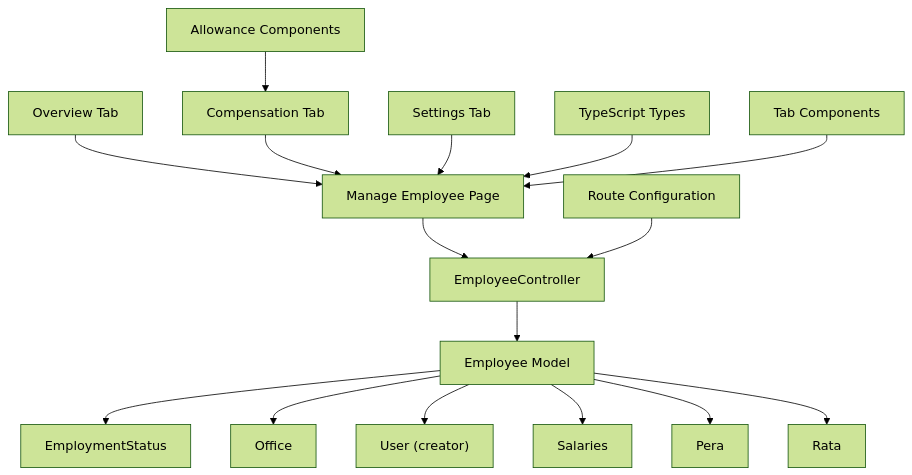
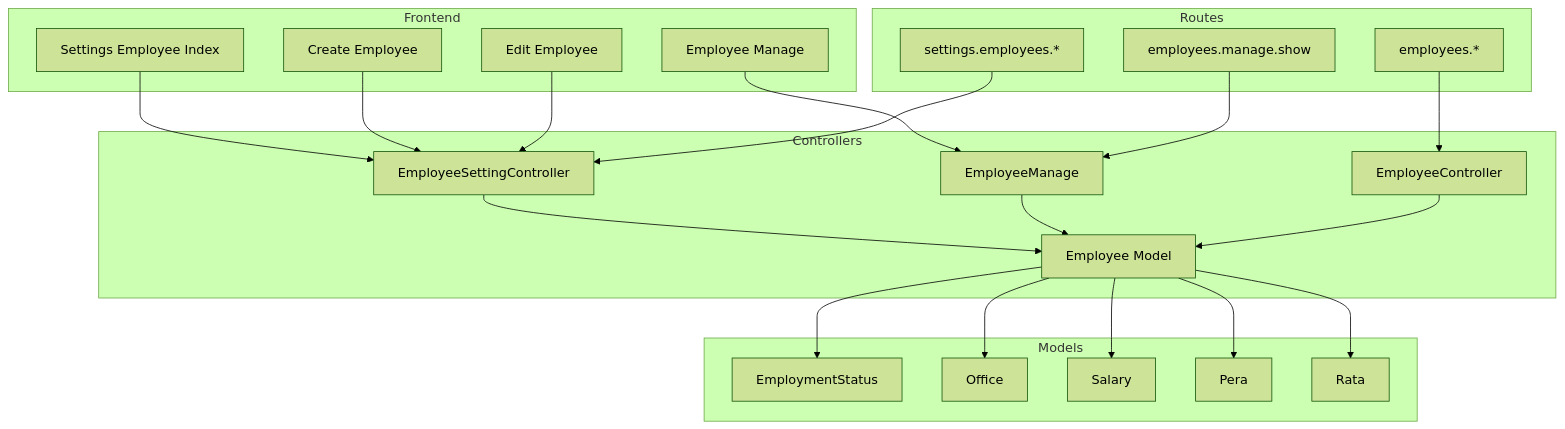
The seventh of 7 diagrams in .qoder/repowiki/en/content/Employee Management/Employee Management.md (vincet0t15/template), drawn with Mermaid (forest theme) before and after one commit. The commit also changed other lines of this file and 7 other files, not shown here.

````diff
--- a/.qoder/repowiki/en/content/Employee Management/Employee Management.md
+++ b/.qoder/repowiki/en/content/Employee Management/Employee Management.md
@@ -514,18 +550,26 @@
 ```mermaid
 graph TB
-CTRL["EmployeeController"] --> MODEL["Employee Model"]
-MODEL --> REL1["EmploymentStatus"]
-MODEL --> REL2["Office"]
-MODEL --> REL3["User (creator)"]
-MODEL --> REL4["Salaries"]
-MODEL --> REL5["Pera"]
-MODEL --> REL6["Rata"]
-FE_MANAGE["Manage Employee Page"] --> CTRL
-FE_OVERVIEW["Overview Tab"] --> FE_MANAGE
-FE_COMPENSATION["Compensation Tab"] --> FE_MANAGE
-FE_SETTINGS["Settings Tab"] --> FE_MANAGE
-TYPES["TypeScript Types"] --> FE_MANAGE
-UI_TABS["Tab Components"] --> FE_MANAGE
-UI_ALLOWANCE["Allowance Components"] --> FE_COMPENSATION
-ROUTES["Route Configuration"] --> CTRL
+subgraph "Controllers"
+ESC["EmployeeSettingController"] --> EMP["Employee Model"]
+EM["EmployeeManage"] --> EMP
+EC["EmployeeController"] --> EMP
+end
+subgraph "Models"
+EMP --> ES["EmploymentStatus"]
+EMP --> OFF["Office"]
+EMP --> SAL["Salary"]
+EMP --> PRA["Pera"]
+EMP --> RAT["Rata"]
+end
+subgraph "Frontend"
+FE_INDEX["Settings Employee Index"] --> ESC
+FE_CREATE["Create Employee"] --> ESC
+FE_EDIT["Edit Employee"] --> ESC
+FE_MANAGE["Employee Manage"] --> EM
+end
+subgraph "Routes"
+R_SETTINGS["settings.employees.*"] --> ESC
+R_EMPLOYEES["employees.*"] --> EC
+R_MANAGE["employees.manage.show"] --> EM
+end
 ```
````
